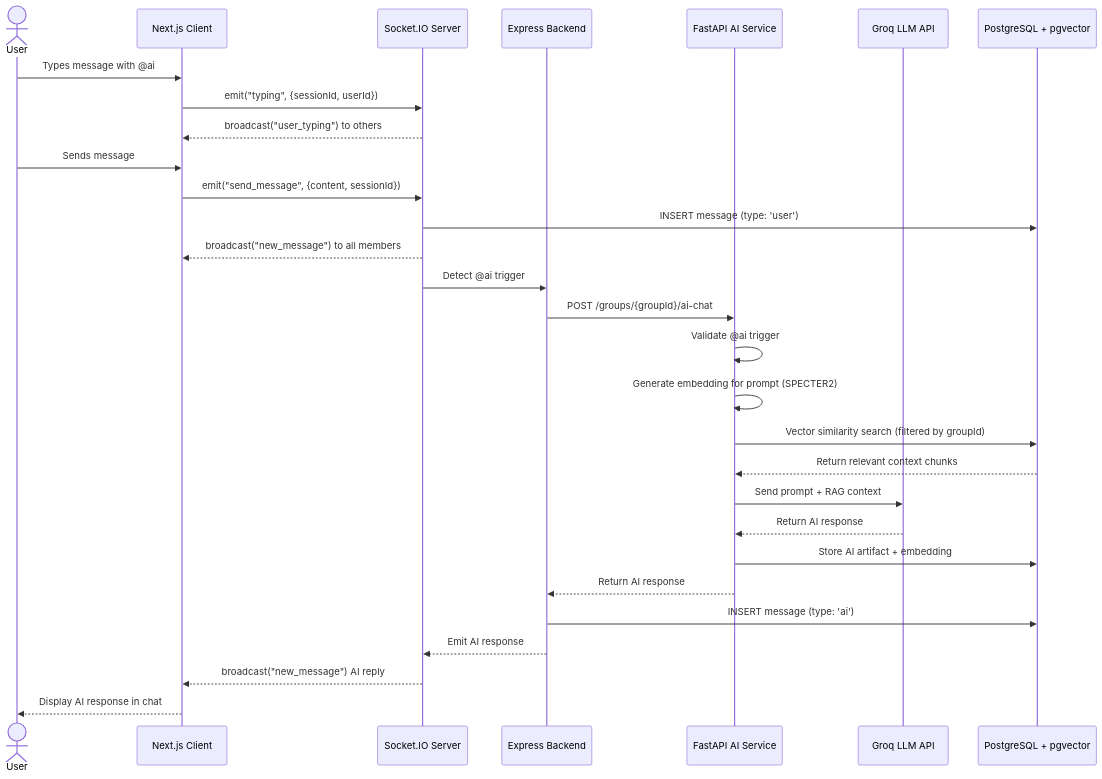
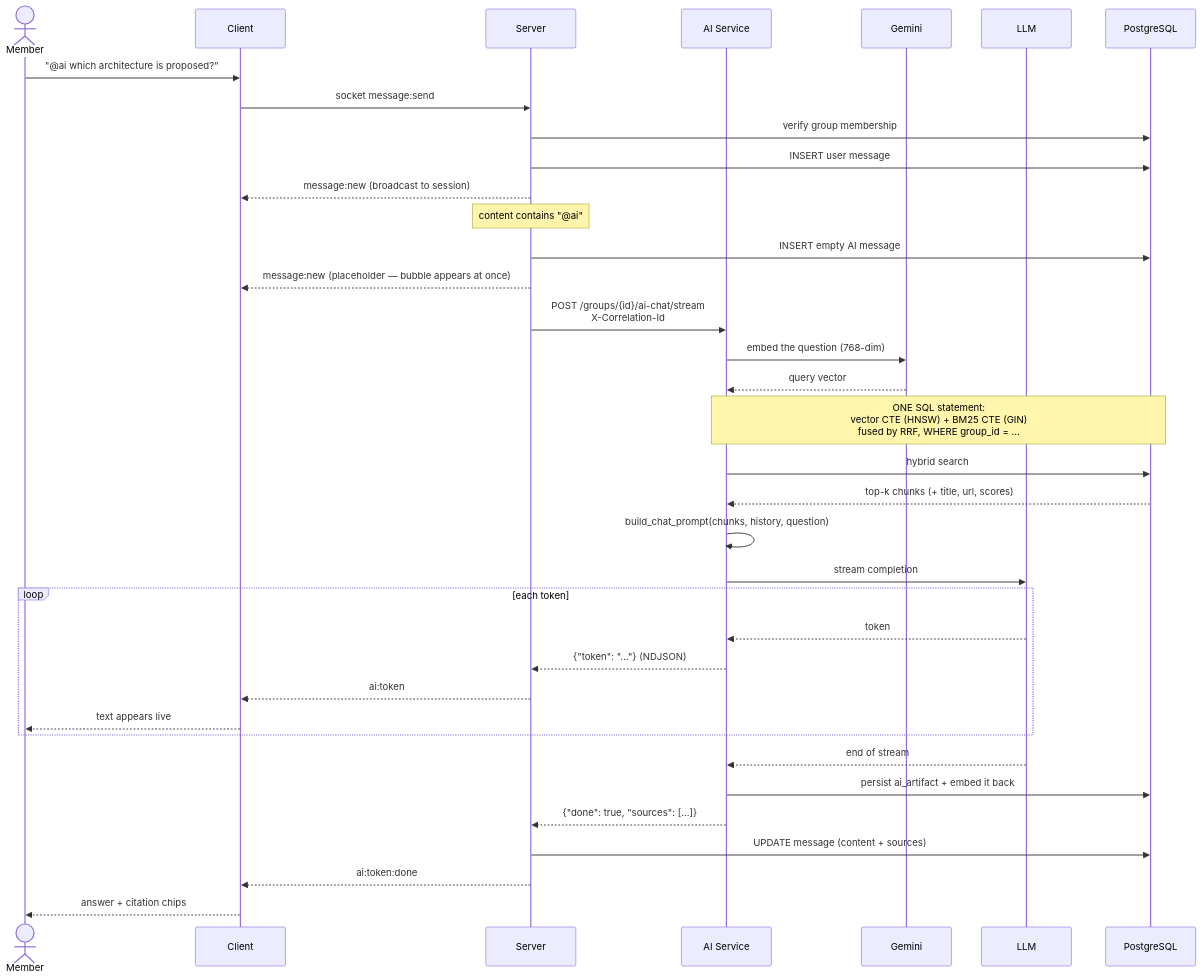
One commit to BRUH-MAIN/OpenResearch changed the sixth of 14 diagrams in docs/UML-Diagrams.md. Above: the diagram before and after it, drawn with Mermaid. The commit also changed other lines of this file and 1 other file, not shown here.

First line of the commit message:
docs: regenerate SRS and UML against the implemented system

````diff
--- a/docs/UML-Diagrams.md
+++ b/docs/UML-Diagrams.md
@@ -375,34 +359,47 @@
 ```mermaid
 sequenceDiagram
-    actor User
-    participant Client as Next.js Client
-    participant Socket as Socket.IO Server
-    participant Server as Express Backend
-    participant AI as FastAPI AI Service
-    participant Groq as Groq LLM API
-    participant DB as PostgreSQL + pgvector
+    actor U as Member
+    participant C as Client
+    participant S as Server
+    participant AI as AI Service
+    participant E as Gemini
+    participant L as LLM
+    participant DB as PostgreSQL
 
-    User->>Client: Types message with @ai
-    Client->>Socket: emit("typing", {sessionId, userId})
-    Socket-->>Client: broadcast("user_typing") to others
+    U->>C: "@ai which architecture is proposed?"
+    C->>S: socket message:send
+    S->>DB: verify group membership
+    S->>DB: INSERT user message
+    S-->>C: message:new (broadcast to session)
 
-    User->>Client: Sends message
-    Client->>Socket: emit("send_message", {content, sessionId})
-    Socket->>DB: INSERT message (type: 'user')
-    Socket-->>Client: broadcast("new_message") to all members
+    Note over S: content contains "@ai"
 
-    Socket->>Server: Detect @ai trigger
-    Server->>AI: POST /groups/{groupId}/ai-chat
-    AI->>AI: Validate @ai trigger
-    AI->>AI: Generate embedding for prompt (SPECTER2)
-    AI->>DB: Vector similarity search (filtered by groupId)
-    DB-->>AI: Return relevant context chunks
-    AI->>Groq: Send prompt + RAG context
-    Groq-->>AI: Return AI response
-    AI->>DB: Store AI artifact + embedding
-    AI-->>Server: Return AI response
-    Server->>DB: INSERT message (type: 'ai')
-    Server-->>Socket: Emit AI response
-    Socket-->>Client: broadcast("new_message") AI reply
-    Client-->>User: Display AI response in chat
+    S->>DB: INSERT empty AI message
+    S-->>C: message:new (placeholder — bubble appears at once)
+
+    S->>AI: POST /groups/{id}/ai-chat/stream<br/>X-Correlation-Id
+    AI->>E: embed the question (768-dim)
+    E-->>AI: query vector
+
+    Note over AI,DB: ONE SQL statement:<br/>vector CTE (HNSW) + BM25 CTE (GIN)<br/>fused by RRF, WHERE group_id = ...
+
+    AI->>DB: hybrid search
+    DB-->>AI: top-k chunks (+ title, url, scores)
+
+    AI->>AI: build_chat_prompt(chunks, history, question)
+    AI->>L: stream completion
+
+    loop each token
+        L-->>AI: token
+        AI-->>S: {"token": "..."}  (NDJSON)
+        S-->>C: ai:token
+        C-->>U: text appears live
+    end
+
+    L-->>AI: end of stream
+    AI->>DB: persist ai_artifact + embed it back
+    AI-->>S: {"done": true, "sources": [...]}
+    S->>DB: UPDATE message (content + sources)
+    S-->>C: ai:token:done
+    C-->>U: answer + citation chips
 ```
````
